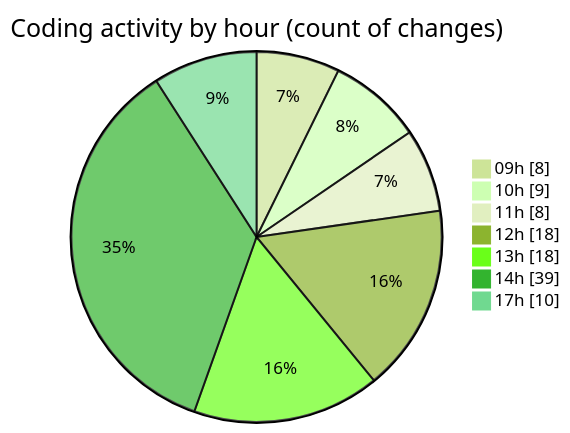
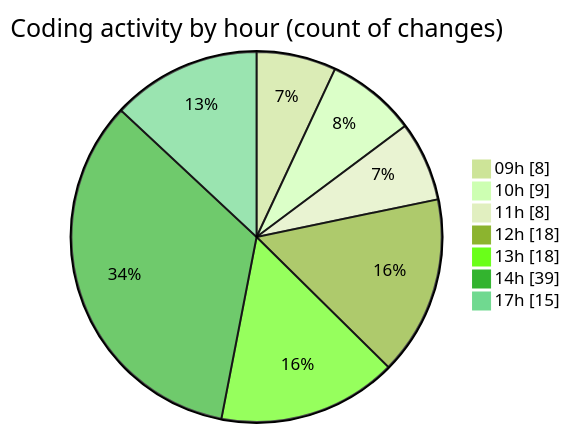
The second of 2 diagrams in 2025-02-25/cda/README.md (momahboobian/code-tracking), drawn with Mermaid (forest theme) before and after one commit. The commit also changed other lines of this file and 1 other file, not shown here.

````diff
--- a/2025-02-25/cda/README.md
+++ b/2025-02-25/cda/README.md
@@ -48,11 +48,11 @@
 ```mermaid
 pie showData
 title Coding activity by hour (count of changes)
 "09h" : 8
 "10h" : 9
 "11h" : 8
 "12h" : 18
 "13h" : 18
 "14h" : 39
-"17h" : 10
+"17h" : 15
 ```
````
